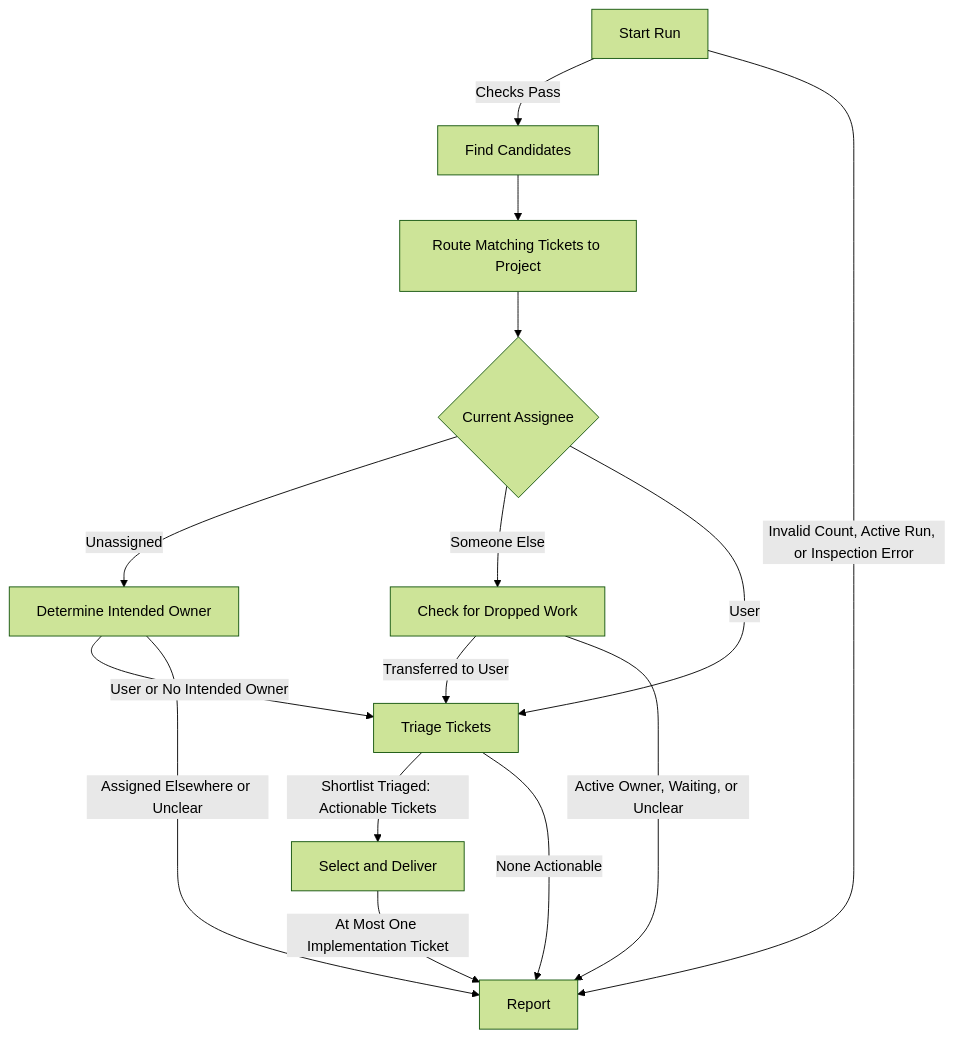
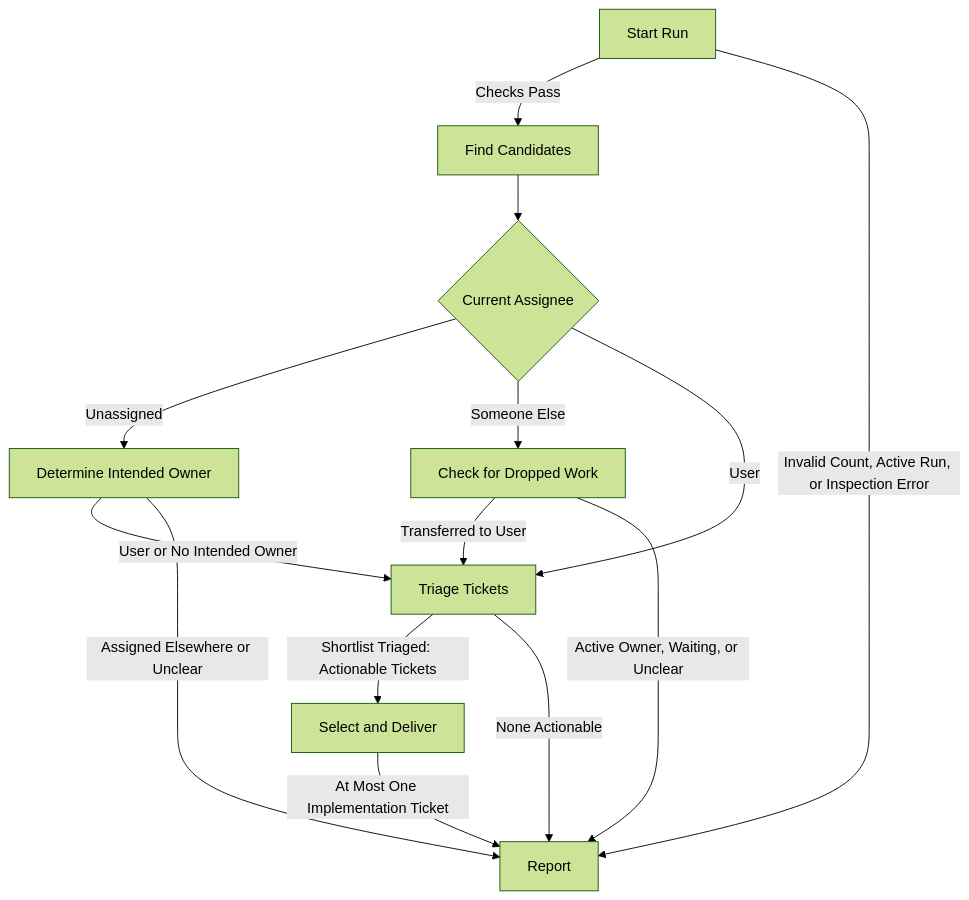
The diagram in .codex/skills/linear-ticket/SKILL.md (schmingle/config), drawn with Mermaid (forest theme) before and after one commit. The commit also changed other lines of this file and 8 other files, not shown here.

````diff
--- a/.codex/skills/linear-ticket/SKILL.md
+++ b/.codex/skills/linear-ticket/SKILL.md
@@ -27,17 +27,16 @@
 ```mermaid
 flowchart TD
     Start[Start Run] -->|Checks Pass| Find[Find Candidates]
     Start -->|Invalid Count, Active Run, or Inspection Error| Report[Report]
-    Find --> Project[Route Matching Tickets to Project]
-    Project --> Owner{Current Assignee}
+    Find --> Owner{Current Assignee}
     Owner -->|Unassigned| Assign[Determine Intended Owner]
     Owner -->|Someone Else| Handoff[Check for Dropped Work]
     Owner -->|User| Triage[Triage Tickets]
     Assign -->|User or No Intended Owner| Triage
     Assign -->|Assigned Elsewhere or Unclear| Report
     Handoff -->|Transferred to User| Triage
     Handoff -->|Active Owner, Waiting, or Unclear| Report
     Triage -->|Shortlist Triaged: Actionable Tickets| Deliver[Select and Deliver]
     Triage -->|None Actionable| Report
     Deliver -->|At Most One Implementation Ticket| Report
 ```
````
